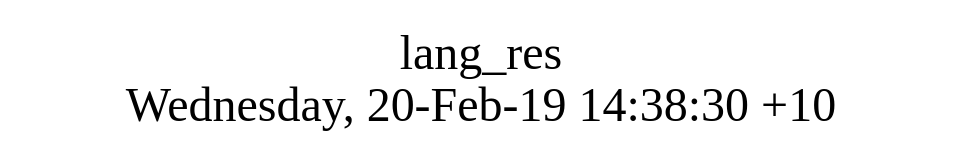
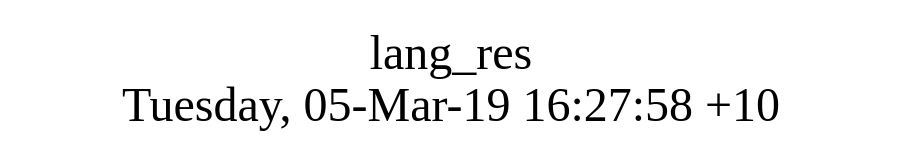
One commit to AplaProject/apps changed the diagram in src/lang_res/struct.dot. Above: the diagram before and after it, drawn with Graphviz. The commit also changed 27 other files, not shown here.

```diff
--- a/src/lang_res/struct.dot
+++ b/src/lang_res/struct.dot
@@ -1,8 +1,8 @@
 digraph G {
 fontsize="24";
-label="lang_res\nWednesday, 20-Feb-19 14:38:30 +10";
+label="lang_res\nTuesday, 05-Mar-19 16:27:58 +10";
 nojustify=true;
 ordering=out;
 rankdir=LR;
 size="30";
 }
```
